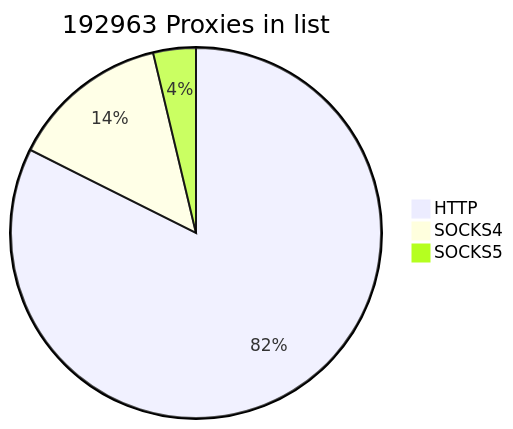
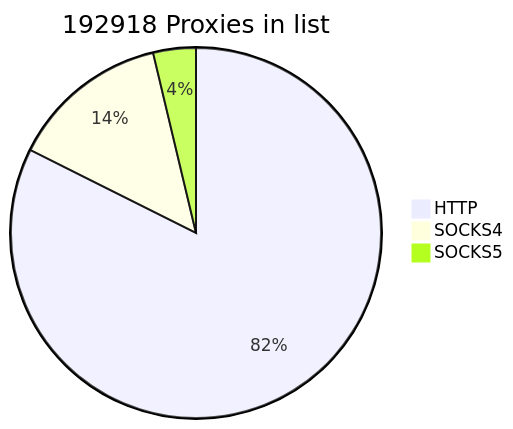
The first of 2 diagrams in README.md (cutipu/proxylist), drawn with Mermaid before and after one commit. The commit also changed other lines of this file, not shown here.

````diff
--- a/README.md
+++ b/README.md
@@ -2,7 +2,7 @@
 ```mermaid
-pie title 192963 Proxies in list
-    "HTTP" : 159009
-    "SOCKS4" : 26770
+pie title 192918 Proxies in list
+    "HTTP" : 158960
+    "SOCKS4" : 26774
     "SOCKS5" : 7184
             
 ```
````
